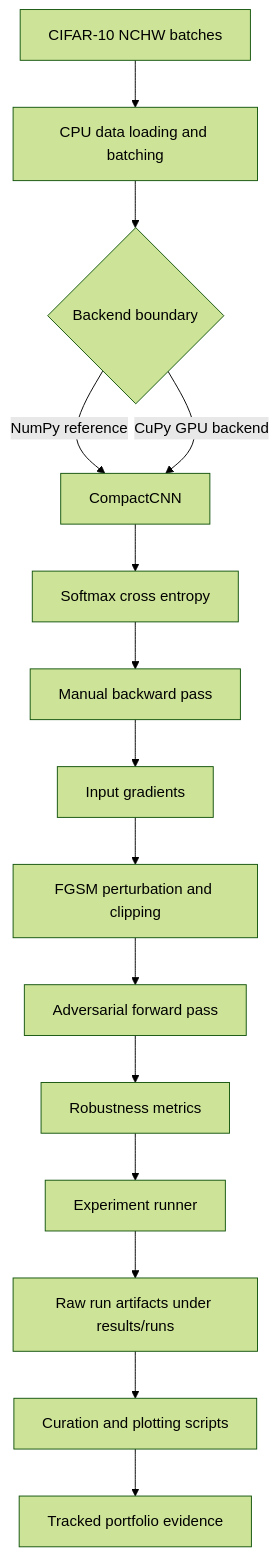
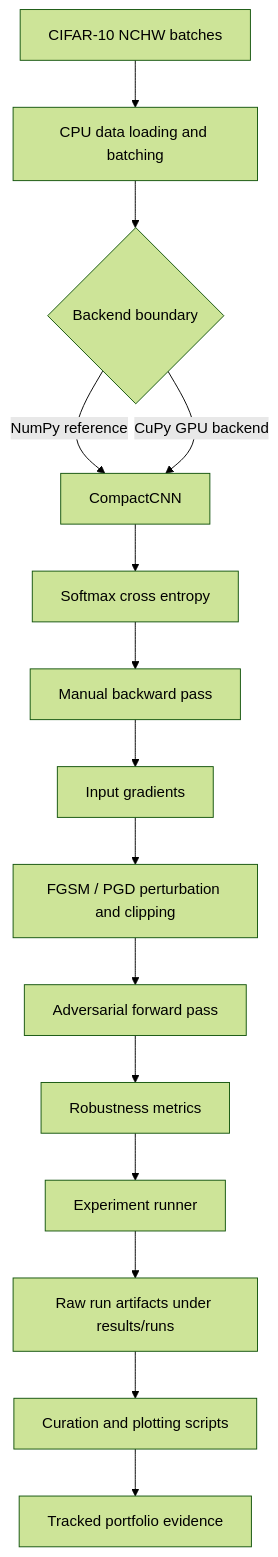
One commit to CuZn6666/cnn_adversarial_gradcam_cifar10 changed the diagram in README.md. Above: the diagram before and after it, drawn with Mermaid (forest theme). The commit also changed other lines of this file and 7 other files, not shown here.

````diff
--- a/README.md
+++ b/README.md
@@ -69,17 +74,17 @@
 ```mermaid
 flowchart TD
     A[CIFAR-10 NCHW batches] --> B[CPU data loading and batching]
     B --> C{Backend boundary}
     C -->|NumPy reference| D[CompactCNN]
     C -->|CuPy GPU backend| D
     D --> E[Softmax cross entropy]
     E --> F[Manual backward pass]
     F --> G[Input gradients]
-    G --> H[FGSM perturbation and clipping]
+    G --> H[FGSM / PGD perturbation and clipping]
     H --> I[Adversarial forward pass]
     I --> J[Robustness metrics]
     J --> K[Experiment runner]
     K --> L[Raw run artifacts under results/runs]
     L --> M[Curation and plotting scripts]
     M --> N[Tracked portfolio evidence]
 ```
````
